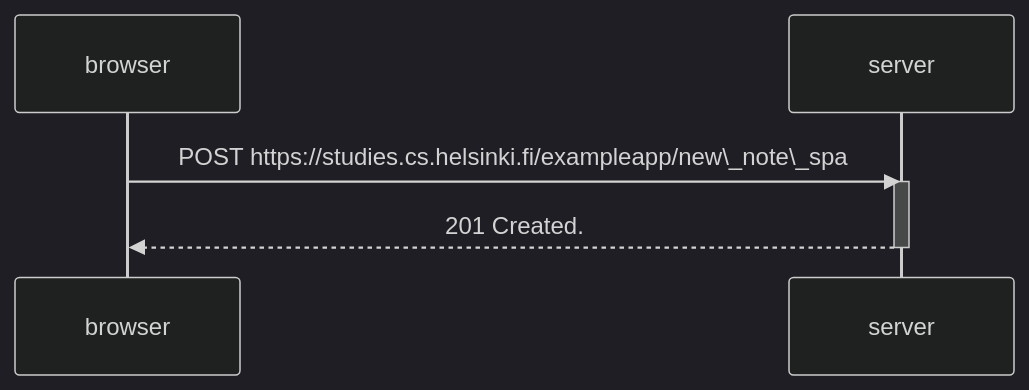
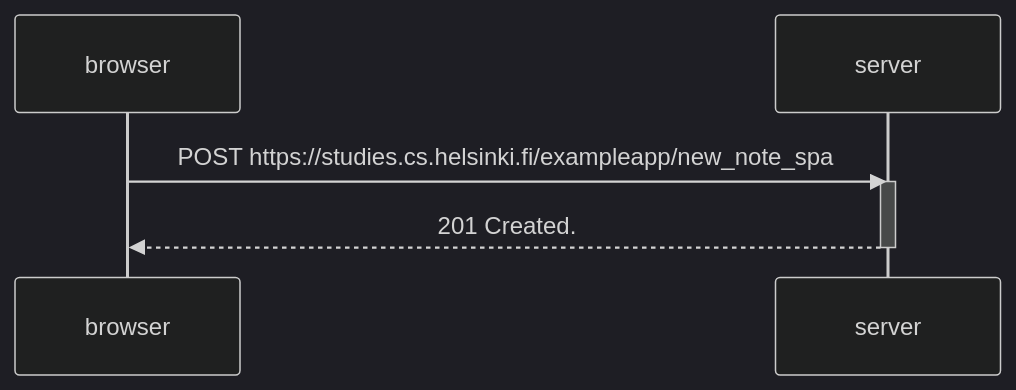
Before and after one commit to khanhbnguyen/fullstackopen: the diagram in part0/exercise_0.6.md, drawn with Mermaid (dark theme).

````diff
--- a/part0/exercise_0.6.md
+++ b/part0/exercise_0.6.md
@@ -1,10 +1,10 @@
 ```mermaid
 sequenceDiagram
     participant browser
     participant server
 
-    browser->>server: POST https://studies.cs.helsinki.fi/exampleapp/new\_note\_spa
+    browser->>server: POST https://studies.cs.helsinki.fi/exampleapp/new_note_spa
     activate server
     server-->>browser: 201 Created.
     deactivate server
 ```
````
